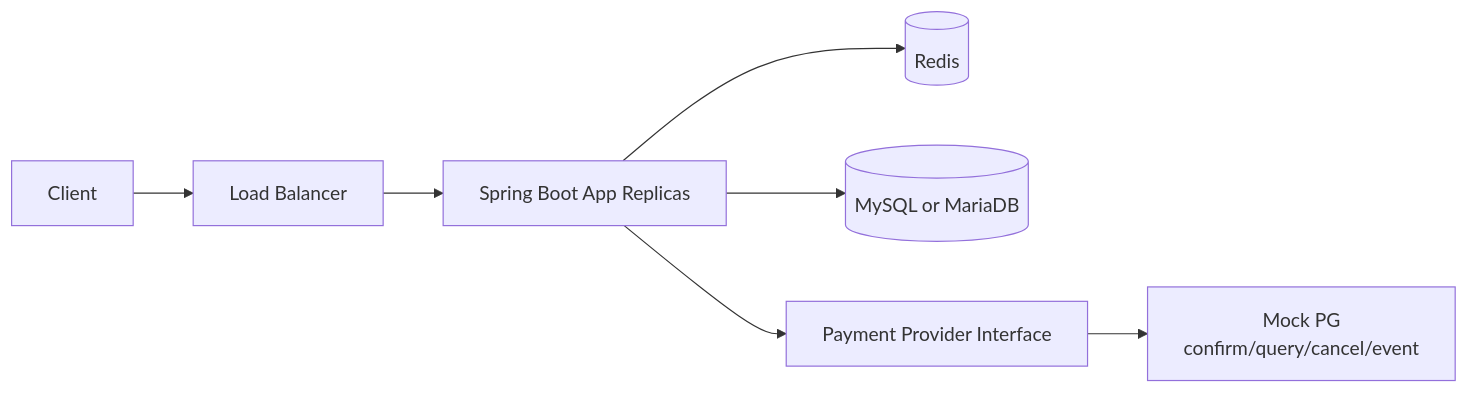
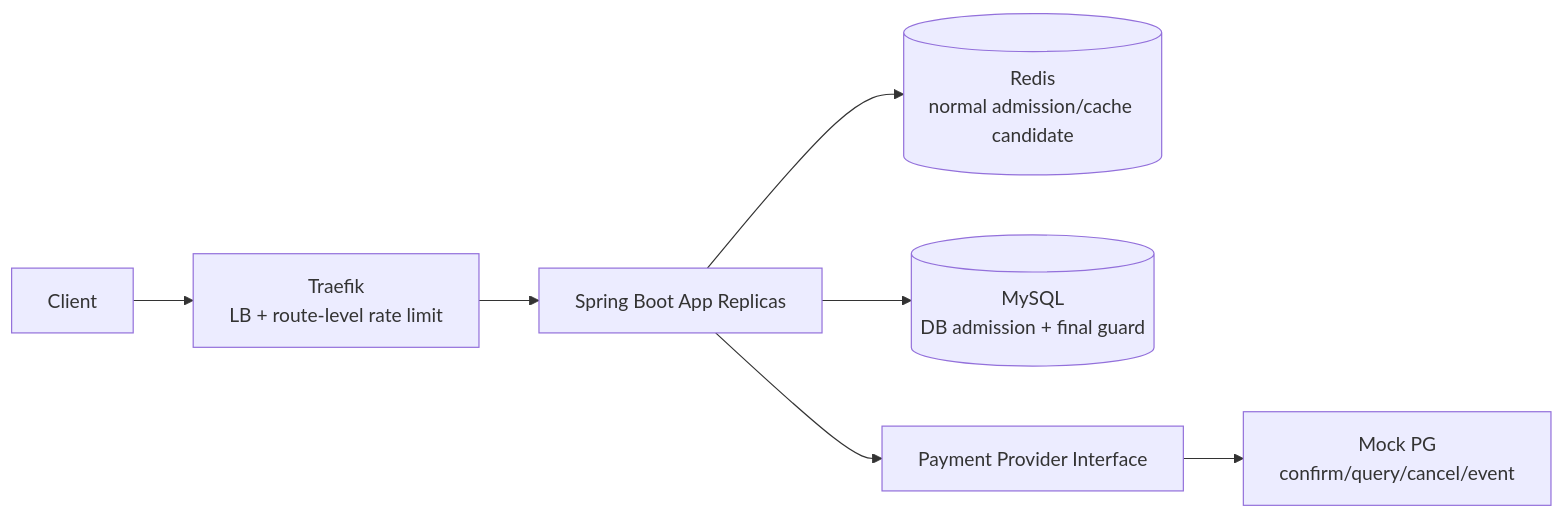
One commit to lsh1215/peak-booking-system changed the first of 5 diagrams in docs/system-design/sdd.md. Above: the diagram before and after it, drawn with Mermaid. The commit also changed other lines of this file and 5 other files, not shown here.

````diff
--- a/docs/system-design/sdd.md
+++ b/docs/system-design/sdd.md
@@ -70,9 +72,9 @@
 ```mermaid
 flowchart LR
-    Client[Client] --> LB[Load Balancer]
+    Client[Client] --> LB[Traefik<br/>LB + route-level rate limit]
     LB --> App[Spring Boot App Replicas]
-    App --> Redis[(Redis)]
-    App --> RDB[(MySQL or MariaDB)]
+    App --> Redis[(Redis<br/>normal admission/cache candidate)]
+    App --> RDB[(MySQL<br/>DB admission + final guard)]
     App --> PaymentPort[Payment Provider Interface]
     PaymentPort --> StubPG[Mock PG<br/>confirm/query/cancel/event]
 ```
````
